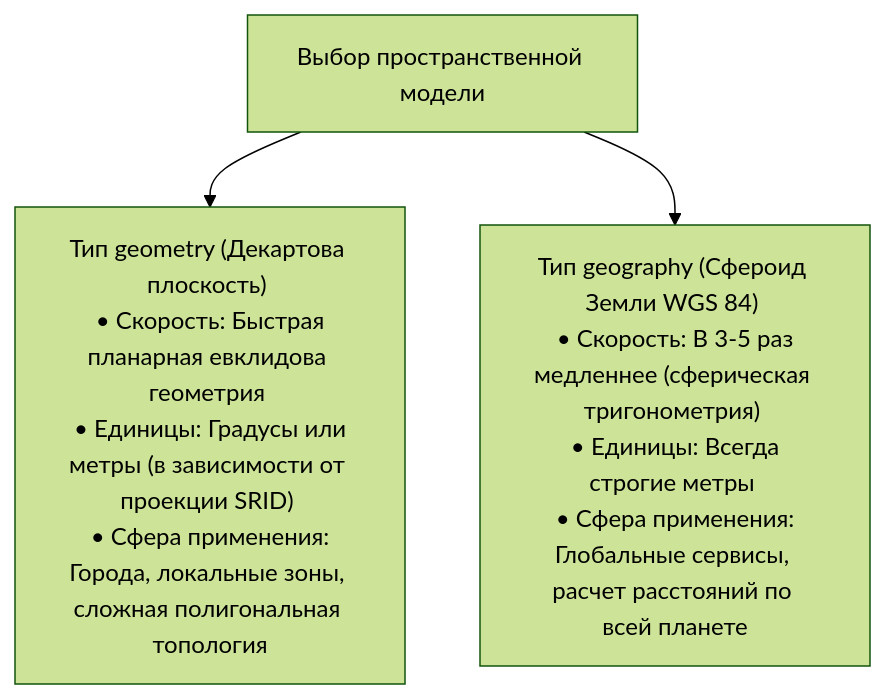
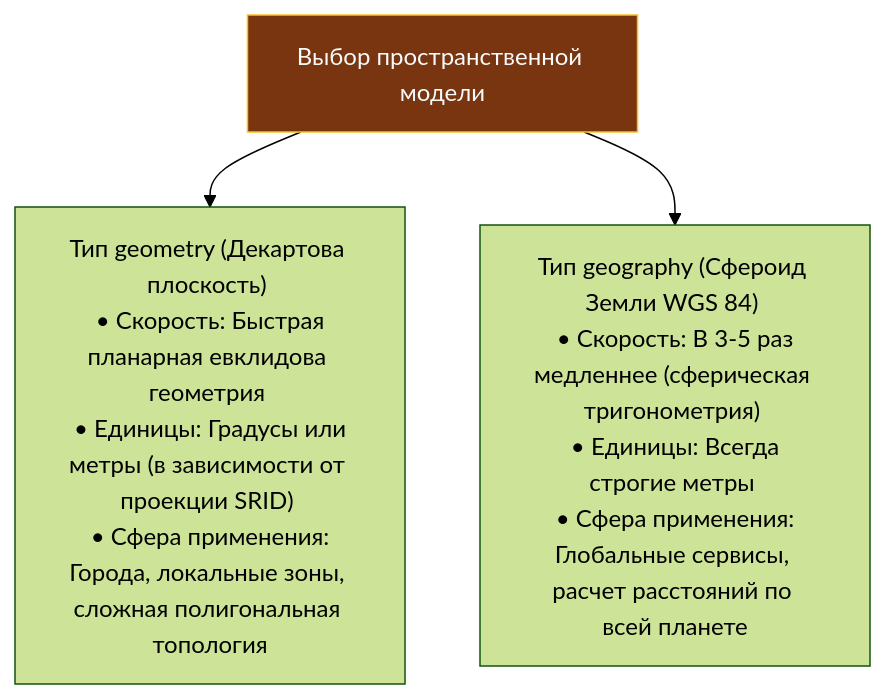
The first of 2 diagrams in sources/12. Базы данных/06. PostgreSQL/8. PostGIS.md (UnrealTemplier/go-textbook), drawn with Mermaid (forest theme) before and after one commit. The commit also changed other lines of this file and 1666 other files, not shown here.

First line of the commit message:
feat(mermaid): add semantic color classDef to 1369 colorless flowchart/graph diagrams

````diff
--- a/sources/12. Базы данных/06. PostgreSQL/8. PostGIS.md
+++ b/sources/12. Базы данных/06. PostgreSQL/8. PostGIS.md
@@ -16,6 +16,16 @@
 ```mermaid
 graph TD
-    Choice["Выбор пространственной модели"]
+    classDef process  fill:#1e293b,stroke:#38bdf8,stroke-width:1px,color:#f8fafc
+    classDef success  fill:#064e3b,stroke:#34d399,stroke-width:1px,color:#f8fafc
+    classDef error    fill:#7f1d1d,stroke:#f87171,stroke-width:1px,color:#f8fafc
+    classDef warning  fill:#78350f,stroke:#fbbf24,stroke-width:1px,color:#f8fafc
+    classDef entry    fill:#1e3a5f,stroke:#38bdf8,stroke-width:2px,color:#f8fafc
+    classDef aux      fill:#334155,stroke:#64748b,stroke-width:1px,color:#f8fafc
+    classDef system   fill:#312e81,stroke:#a78bfa,stroke-width:1px,color:#f8fafc
+    classDef data     fill:#132d29,stroke:#2dd4bf,stroke-width:1px,color:#f8fafc
+    classDef network  fill:#881337,stroke:#fb7185,stroke-width:1px,color:#f8fafc
+    classDef accent   fill:#1e1b4b,stroke:#818cf8,stroke-width:1px,color:#f8fafc
+    Choice["Выбор пространственной модели"]:::warning
     Choice --> Geom["Тип geometry (Декартова плоскость) <br> • Скорость: Быстрая планарная евклидова геометрия <br> • Единицы: Градусы или метры (в зависимости от проекции SRID) <br> • Сфера применения: Города, локальные зоны, сложная полигональная топология"]
     Choice --> Geog["Тип geography (Сфероид Земли WGS 84) <br> • Скорость: В 3-5 раз медленнее (сферическая тригонометрия) <br> • Единицы: Всегда строгие метры <br> • Сфера применения: Глобальные сервисы, расчет расстояний по всей планете"]
 ```
````
